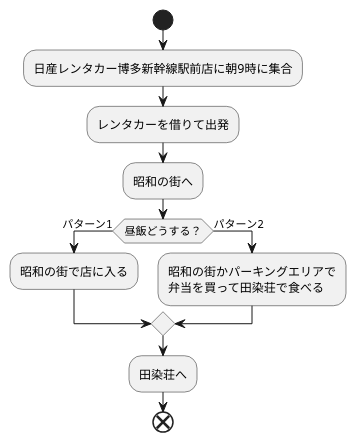
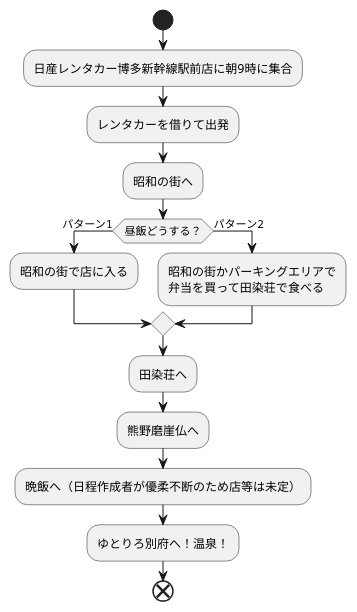
Before and after one commit to Aso2001369/2021sys-design: the diagram in trip.md, drawn with PlantUML.

````diff
--- a/trip.md
+++ b/trip.md
@@ -1,18 +1,20 @@
 ```uml
 @startuml
 start
 
 :日産レンタカー博多新幹線駅前店に朝9時に集合;
 :レンタカーを借りて出発;
 :昭和の街へ;
 if(昼飯どうする？)then(パターン1)
 :昭和の街で店に入る;
 else(パターン2)
 :昭和の街かパーキングエリアで
 弁当を買って田染荘で食べる;
 endif
 :田染荘へ;
-
+:熊野磨崖仏へ;
+:晩飯へ（日程作成者が優柔不断のため店等は未定）;
+:ゆとりろ別府へ！温泉！;
 end
 @enduml
 ```
````
